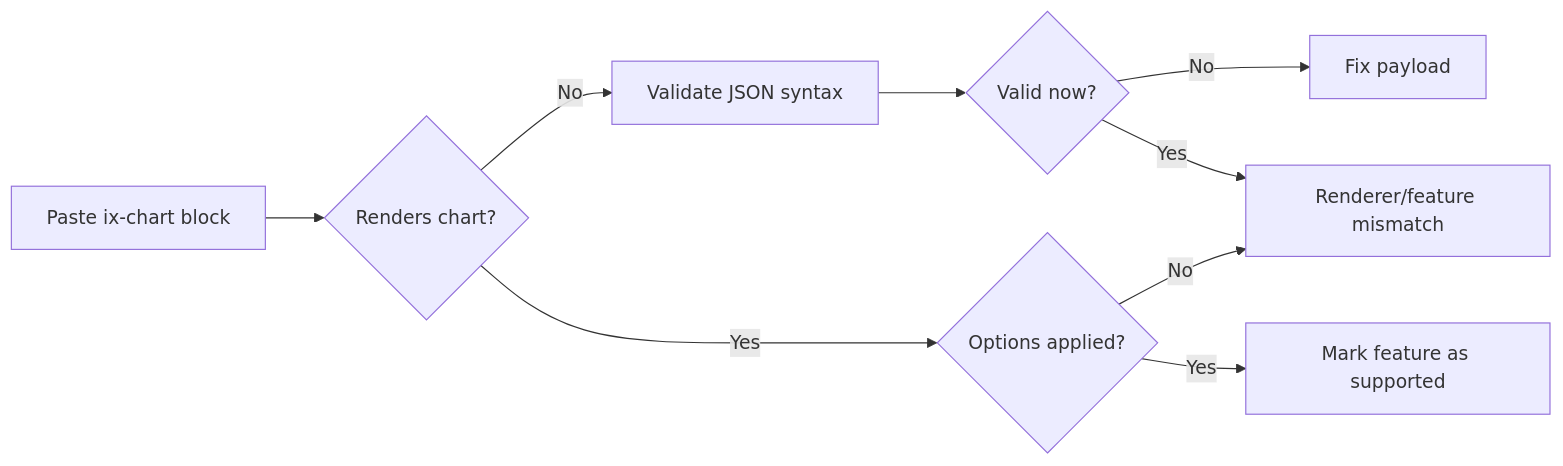
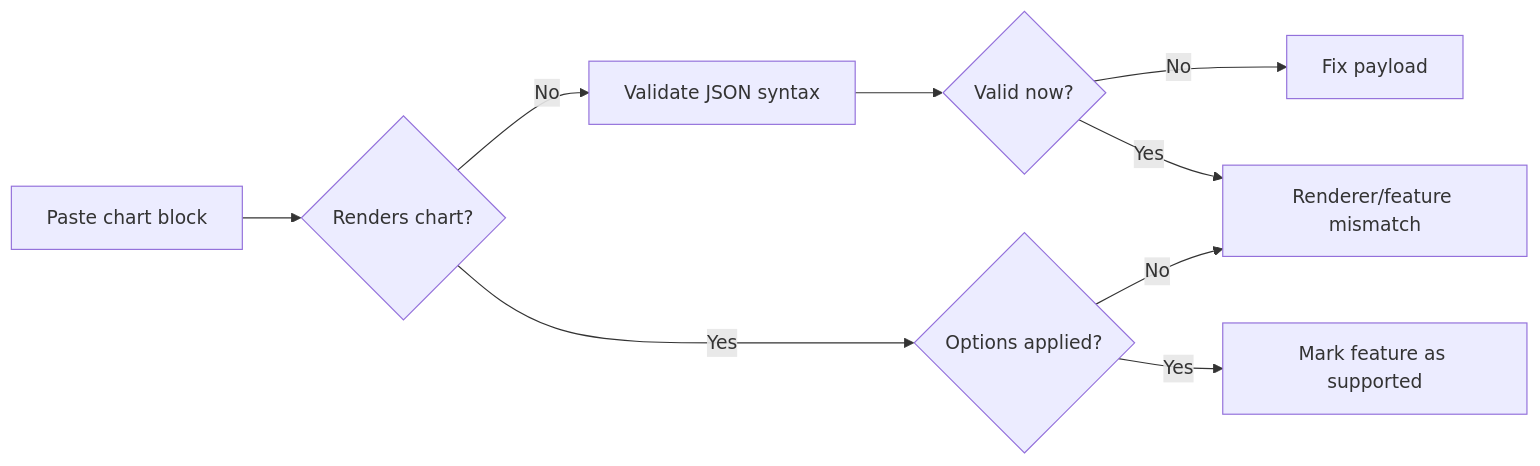
Before and after one commit to EvotecIT/IntelligenceX: the diagram in IntelligenceX.Chat/IntelligenceX.Chat.App.Tests/Fixtures/Compatibility/ix-compat-transcript-chart-suite.md, drawn with Mermaid. The commit also changed other lines of this file and 24 other files, not shown here.

````diff
--- a/IntelligenceX.Chat/IntelligenceX.Chat.App.Tests/Fixtures/Compatibility/ix-compat-transcript-chart-suite.md
+++ b/IntelligenceX.Chat/IntelligenceX.Chat.App.Tests/Fixtures/Compatibility/ix-compat-transcript-chart-suite.md
@@ -160,11 +160,11 @@
 ```mermaid
 flowchart LR
-    A[Paste ix-chart block] --> B{Renders chart?}
+    A[Paste chart block] --> B{Renders chart?}
     B -- No --> C[Validate JSON syntax]
     C --> D{Valid now?}
     D -- No --> E[Fix payload]
     D -- Yes --> F[Renderer/feature mismatch]
     B -- Yes --> G{Options applied?}
     G -- No --> F
     G -- Yes --> H[Mark feature as supported]
 ```
````
